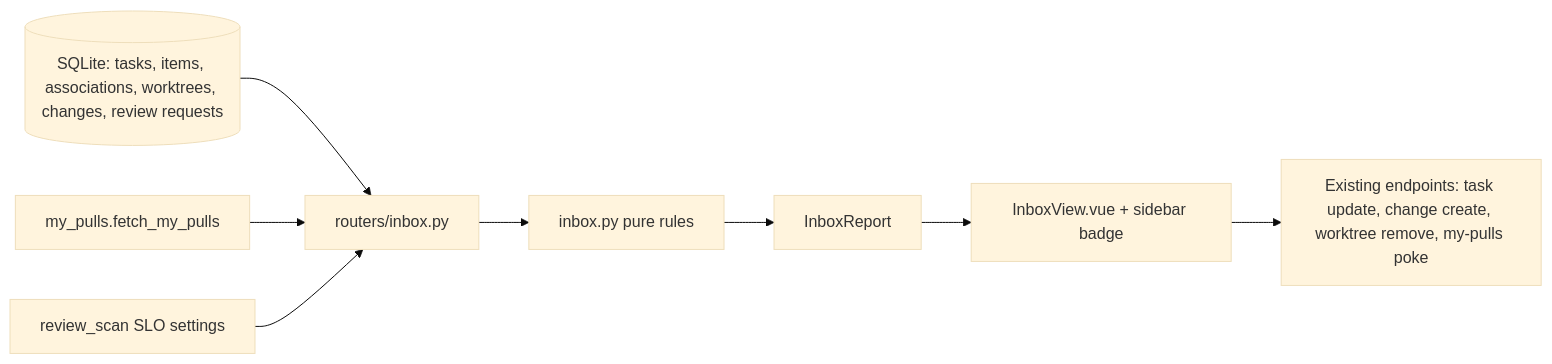
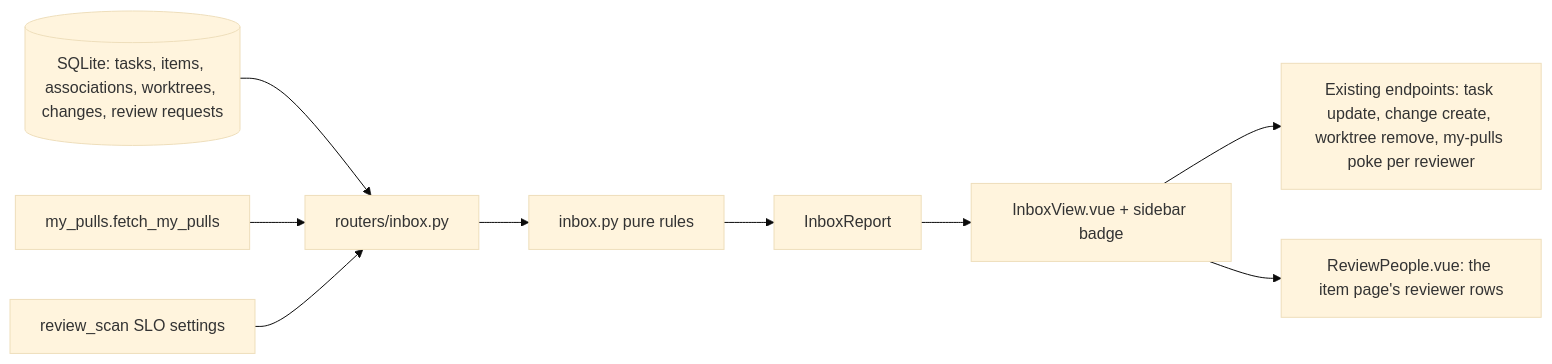
One commit to TomzxCode/agentic changed the first of 2 diagrams in .sdlc/features/p28-inbox/specification.md. Above: the diagram before and after it, drawn with Mermaid (base theme). The commit also changed other lines of this file and 33 other files, not shown here.

````diff
--- a/.sdlc/features/p28-inbox/specification.md
+++ b/.sdlc/features/p28-inbox/specification.md
@@ -19,10 +19,11 @@
 ```mermaid
 flowchart LR
     DB[(SQLite: tasks, items, associations, worktrees, changes, review requests)] --> R[routers/inbox.py]
     MP[my_pulls.fetch_my_pulls] --> R
     RS[review_scan SLO settings] --> R
     R --> I[inbox.py pure rules]
     I --> REP[InboxReport]
     REP --> V[InboxView.vue + sidebar badge]
-    V --> A[Existing endpoints: task update, change create, worktree remove, my-pulls poke]
+    V --> A[Existing endpoints: task update, change create, worktree remove, my-pulls poke per reviewer]
+    V --> RP[ReviewPeople.vue: the item page's reviewer rows]
 ```
````
